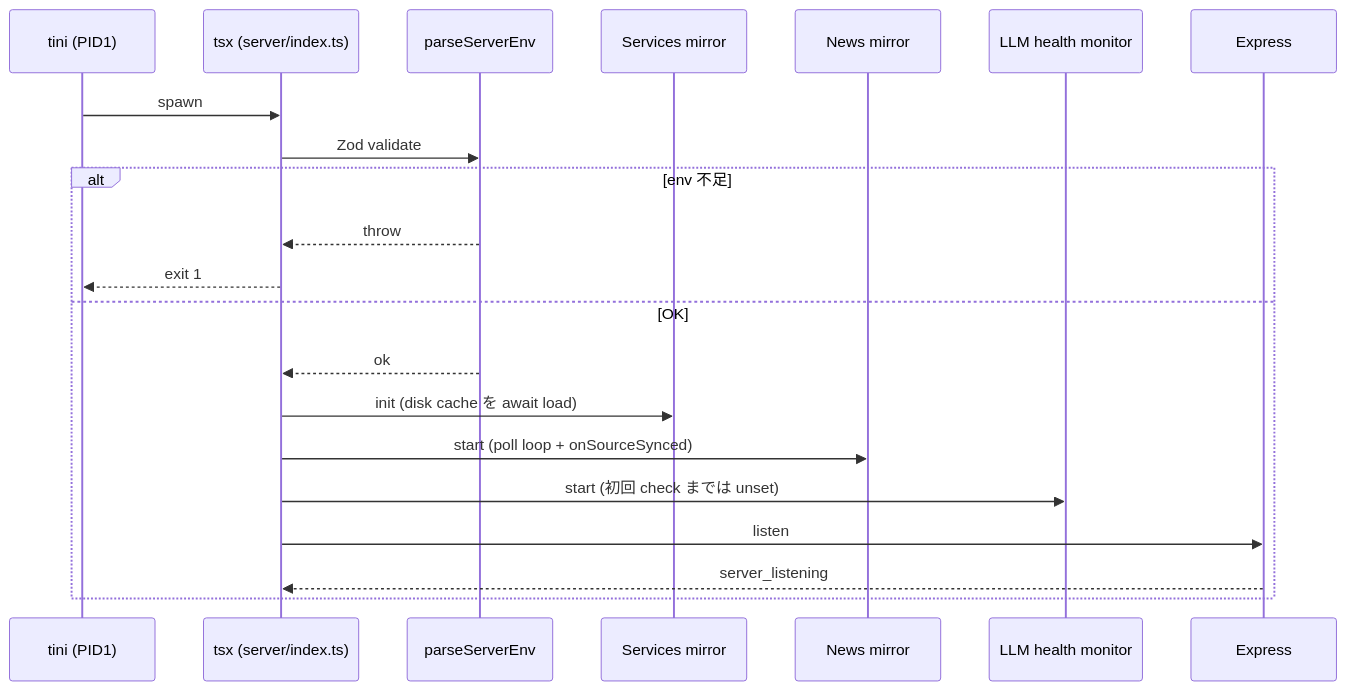
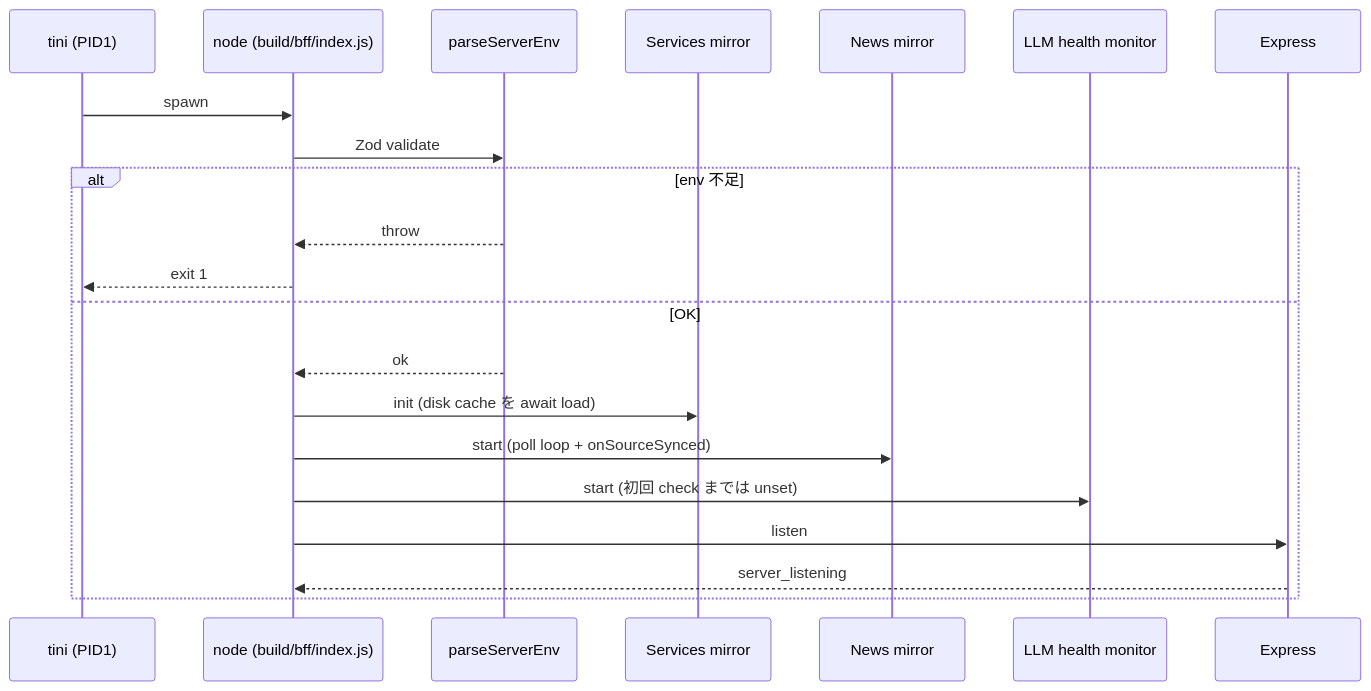
The third of 3 diagrams in docs/deployment.md (ddbj/db-portal), drawn with Mermaid before and after one commit. The commit also changed other lines of this file and 14 other files, not shown here.

Commit message:
Bump dependencies and Node to 26, and bundle the BFF with esbuild for a leaner runtime image

````diff
--- a/docs/deployment.md
+++ b/docs/deployment.md
@@ -66,24 +73,24 @@
 ```mermaid
 sequenceDiagram
   participant tini as tini (PID1)
-  participant node as tsx (server/index.ts)
+  participant node as node (build/bff/index.js)
   participant env as parseServerEnv
   participant svc as Services mirror
   participant news as News mirror
   participant llm as LLM health monitor
   participant ex as Express
 
   tini->>node: spawn
   node->>env: Zod validate
   alt env 不足
     env-->>node: throw
     node-->>tini: exit 1
   else OK
     env-->>node: ok
     node->>svc: init (disk cache を await load)
     node->>news: start (poll loop + onSourceSynced)
     node->>llm: start (初回 check までは unset)
     node->>ex: listen
     ex-->>node: server_listening
   end
 ```
````
